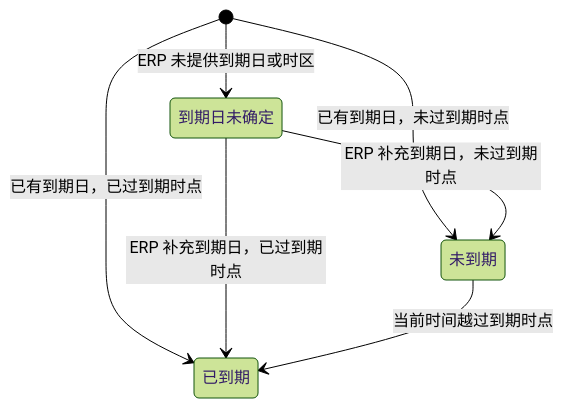
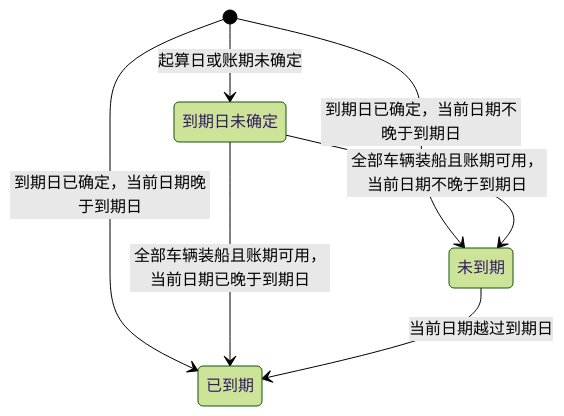
Before and after one commit to wxblockchain/Chain-Financing: the third of 6 diagrams in asset-trust-platform/PRD/两端共用/M3-应收账款与发票/02-应收账款与发票-流程图与状态机.md, drawn with Mermaid (forest theme). The commit also changed other lines of this file and 3 other files, not shown here.

````diff
--- a/asset-trust-platform/PRD/两端共用/M3-应收账款与发票/02-应收账款与发票-流程图与状态机.md
+++ b/asset-trust-platform/PRD/两端共用/M3-应收账款与发票/02-应收账款与发票-流程图与状态机.md
@@ -52,9 +61,9 @@
 ```mermaid
 stateDiagram-v2
-    [*] --> 到期日未确定: ERP 未提供到期日或时区
-    [*] --> 未到期: 已有到期日，未过到期时点
-    [*] --> 已到期: 已有到期日，已过到期时点
-    到期日未确定 --> 未到期: ERP 补充到期日，未过到期时点
-    到期日未确定 --> 已到期: ERP 补充到期日，已过到期时点
-    未到期 --> 已到期: 当前时间越过到期时点
+    [*] --> 到期日未确定: 起算日或账期未确定
+    [*] --> 未到期: 到期日已确定，当前日期不晚于到期日
+    [*] --> 已到期: 到期日已确定，当前日期晚于到期日
+    到期日未确定 --> 未到期: 全部车辆装船且账期可用，当前日期不晚于到期日
+    到期日未确定 --> 已到期: 全部车辆装船且账期可用，当前日期已晚于到期日
+    未到期 --> 已到期: 当前日期越过到期日
 ```
````
